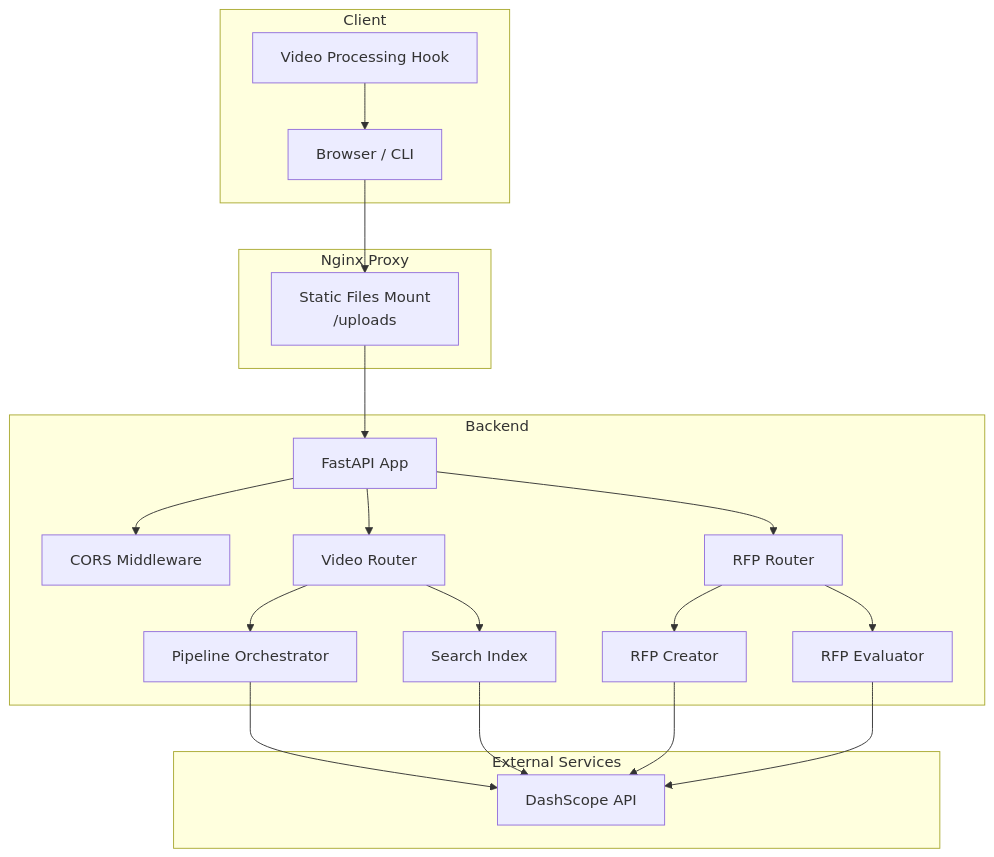
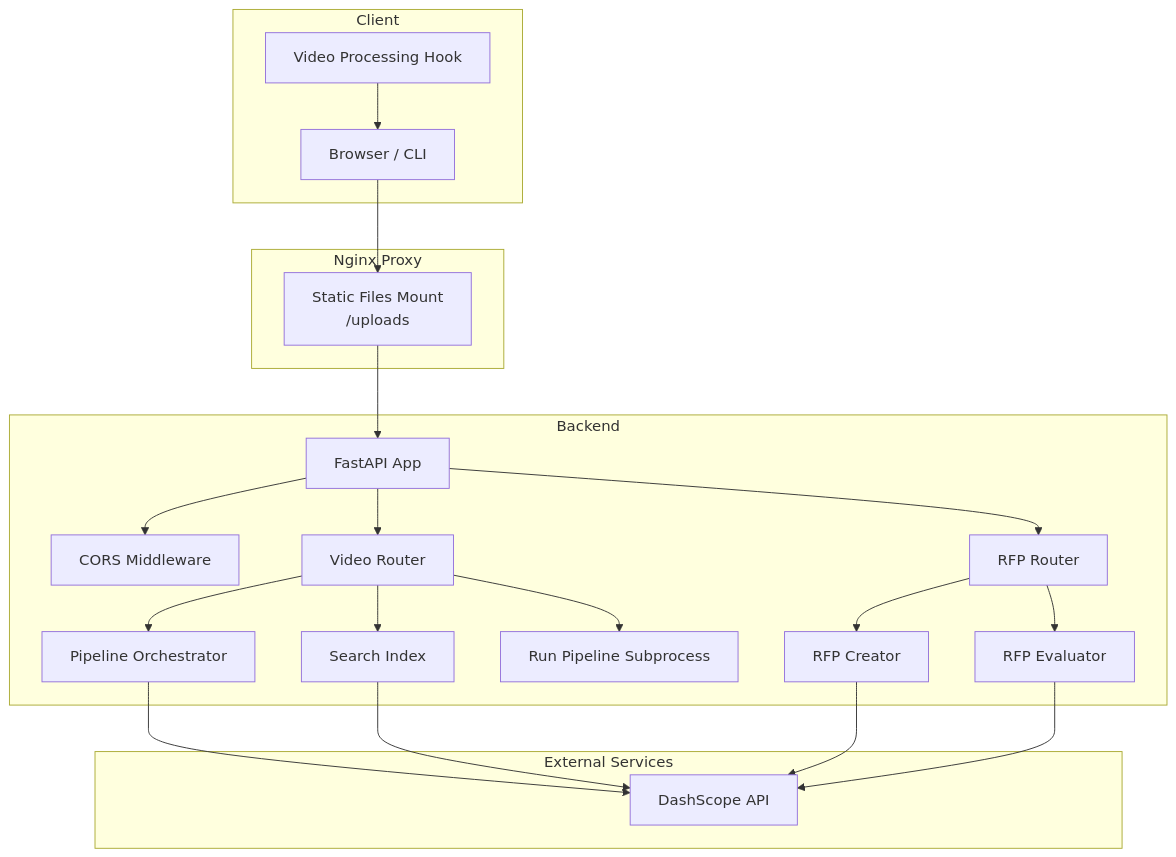
The second of 3 diagrams in .qoder/repowiki/en/content/Backend API Reference/Backend API Reference.md (alexandreybasta-cyber/dubai-media-ai), drawn with Mermaid before and after one commit. The commit also changed other lines of this file and 20 other files, not shown here.

````diff
--- a/.qoder/repowiki/en/content/Backend API Reference/Backend API Reference.md
+++ b/.qoder/repowiki/en/content/Backend API Reference/Backend API Reference.md
@@ -107,37 +115,39 @@
 ```mermaid
 graph TB
 subgraph "Client"
 FE["Browser / CLI"]
 UEP["Video Processing Hook"]
 end
 subgraph "Nginx Proxy"
 NG["Static Files Mount<br/>/uploads"]
 end
 subgraph "Backend"
 APP["FastAPI App"]
 CORS["CORS Middleware"]
 VR["Video Router"]
 RR["RFP Router"]
 ORCH["Pipeline Orchestrator"]
 SI["Search Index"]
 RFC["RFP Creator"]
 RFE["RFP Evaluator"]
+RP["Run Pipeline Subprocess"]
 end
 subgraph "External Services"
 DS["DashScope API"]
 end
 FE --> NG
 NG --> APP
 UEP --> FE
 APP --> CORS
 APP --> VR
 APP --> RR
 VR --> ORCH
 VR --> SI
+VR --> RP
 RR --> RFC
 RR --> RFE
 ORCH --> DS
 SI --> DS
 RFC --> DS
 RFE --> DS
 ```
````
